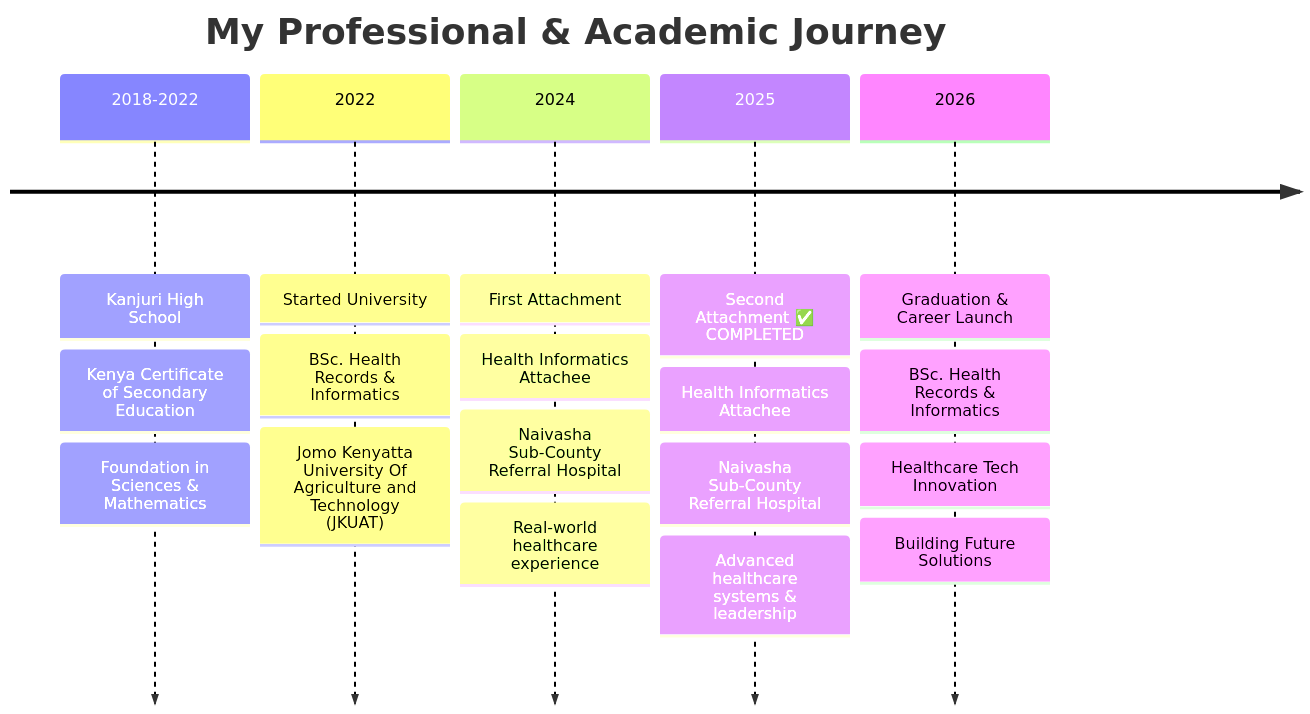
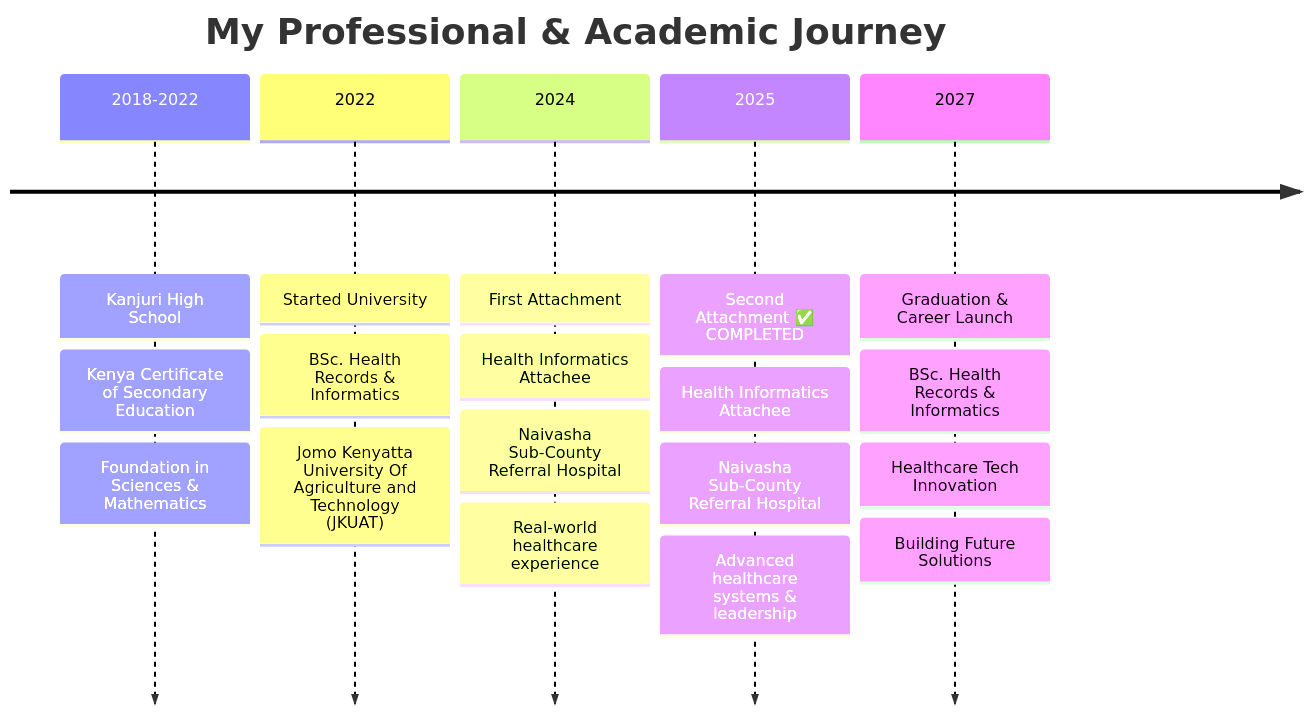
The first of 2 diagrams in README.md (Sammy2266/Sammy2266), drawn with Mermaid before and after one commit. The commit also changed other lines of this file, not shown here.

Commit message:
Update graduation year and goals in README

````diff
--- a/README.md
+++ b/README.md
@@ -34,27 +34,27 @@
 ```mermaid
 timeline
     title My Professional & Academic Journey
 
     2018-2022 : Kanjuri High School
               : Kenya Certificate of Secondary Education
               : Foundation in Sciences & Mathematics
 
     2022      : Started University
               : BSc. Health Records & Informatics
               : Jomo Kenyatta University Of Agriculture and Technology (JKUAT)
 
     2024      : First Attachment
               : Health Informatics Attachee
               : Naivasha Sub-County Referral Hospital
               : Real-world healthcare experience
 
     2025      : Second Attachment ✅ COMPLETED
               : Health Informatics Attachee
               : Naivasha Sub-County Referral Hospital
               : Advanced healthcare systems & leadership
 
-    2026      : Graduation & Career Launch
+    2027      : Graduation & Career Launch
               : BSc. Health Records & Informatics
               : Healthcare Tech Innovation
               : Building Future Solutions
 ```
````
